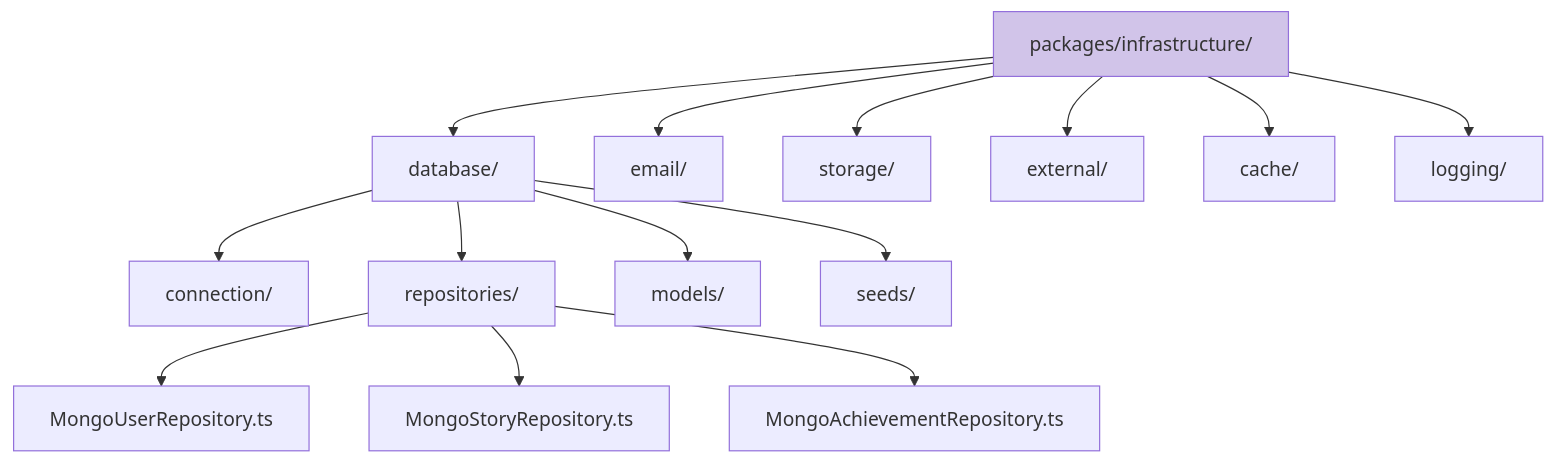
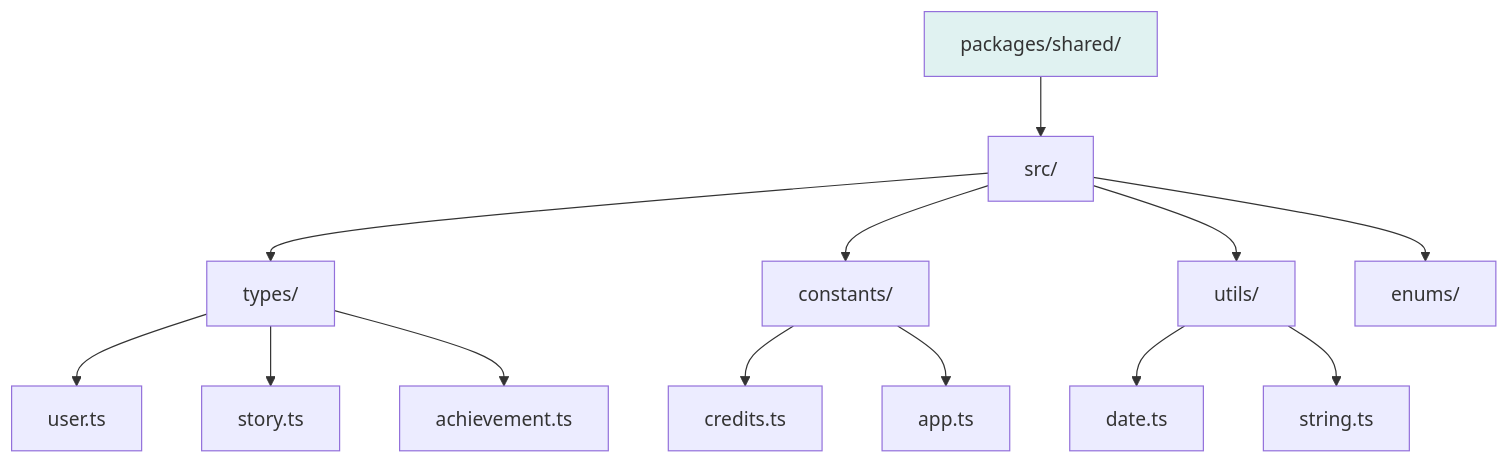
Before and after one commit to 90n9/talepick: the sixth of 12 diagrams in FOLDER_STRUCTURE.md, drawn with Mermaid. The commit also changed other lines of this file and 46 other files, not shown here.

````diff
--- a/FOLDER_STRUCTURE.md
+++ b/FOLDER_STRUCTURE.md
@@ -202,20 +165,20 @@
 ```mermaid
 graph TD
-    A[packages/infrastructure/] --> B[database/]
-    A --> C[email/]
-    A --> D[storage/]
-    A --> E[external/]
-    A --> F[cache/]
-    A --> G[logging/]
+    A[packages/shared/] --> B[src/]
+    B --> B1[types/]
+    B --> B2[constants/]
+    B --> B3[utils/]
+    B --> B4[enums/]
 
-    B --> B1[connection/]
-    B --> B2[repositories/]
-    B --> B3[models/]
-    B --> B4[seeds/]
+    B1 --> B1a[user.ts]
+    B1 --> B1b[story.ts]
+    B1 --> B1c[achievement.ts]
 
-    B2 --> B2a[MongoUserRepository.ts]
-    B2 --> B2b[MongoStoryRepository.ts]
-    B2 --> B2c[MongoAchievementRepository.ts]
+    B2 --> B2a[credits.ts]
+    B2 --> B2b[app.ts]
 
-    style A fill:#d1c4e9
+    B3 --> B3a[date.ts]
+    B3 --> B3b[string.ts]
+
+    style A fill:#e0f2f1
 ```
````
